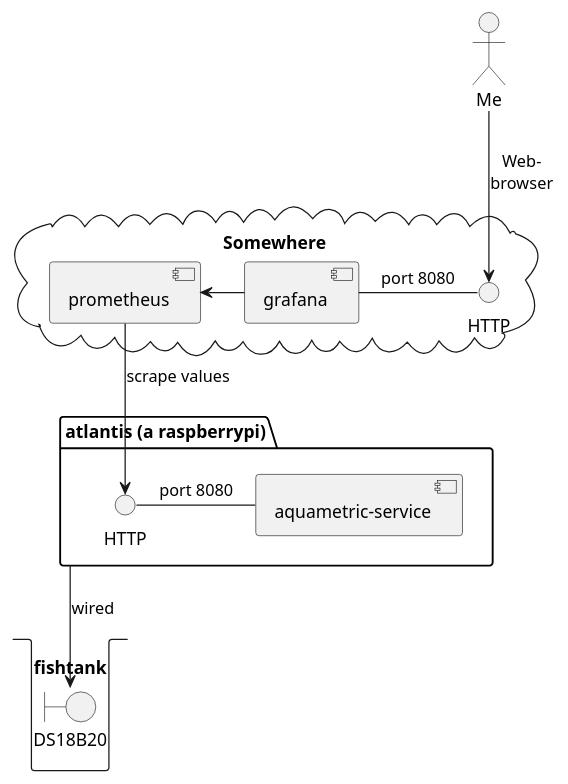
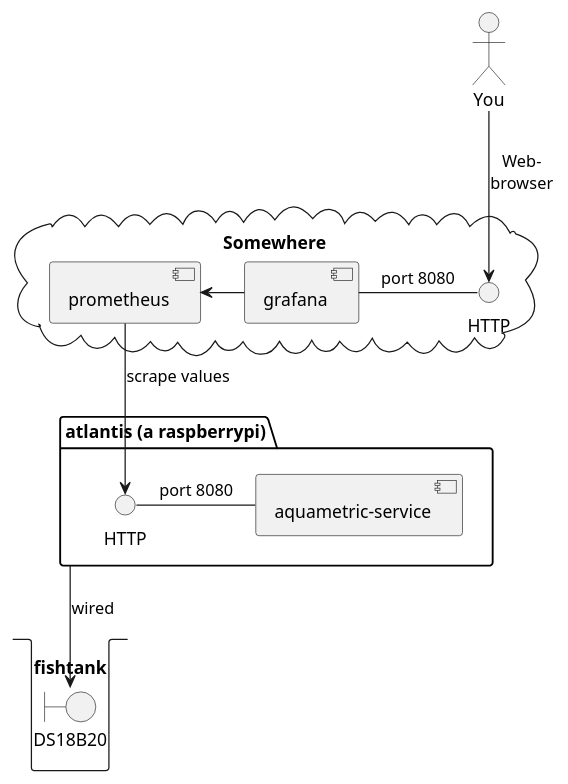
One commit to StefanSchubert/aquarium_IoT changed the diagram in assets/Components.puml. Above: the diagram before and after it, drawn with PlantUML. The commit also changed 1 other file, not shown here.

```diff
--- a/assets/Components.puml
+++ b/assets/Components.puml
@@ -1,23 +1,23 @@
 @startuml
 
 package "atlantis (a raspberrypi)" as pi {
 interface HTTP as http1
 http1 - [aquametric-service] : port 8080
 }
 
 stack fishtank {
     boundary DS18B20 as sensor
 }
 
 pi -d-> sensor : wired
 
 cloud Somewhere {
     interface HTTP as http2
     [prometheus] --> http1 : scrape values
     [grafana] -l-> [prometheus]
     [grafana] - http2 : port 8080
 }
- actor Me
- Me --> http2 : Web-\nbrowser
+ actor You
+ You --> http2 : Web-\nbrowser
 
 @enduml
```
